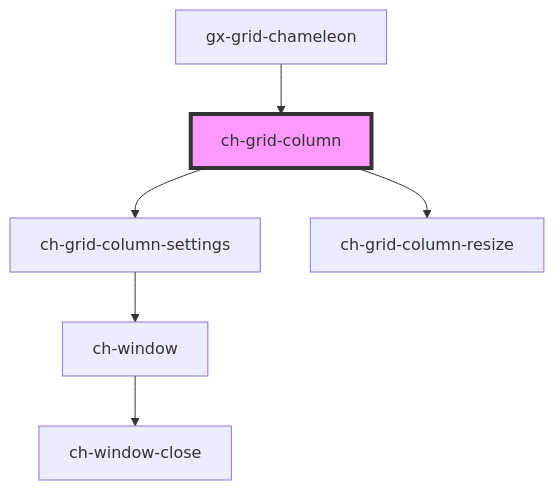
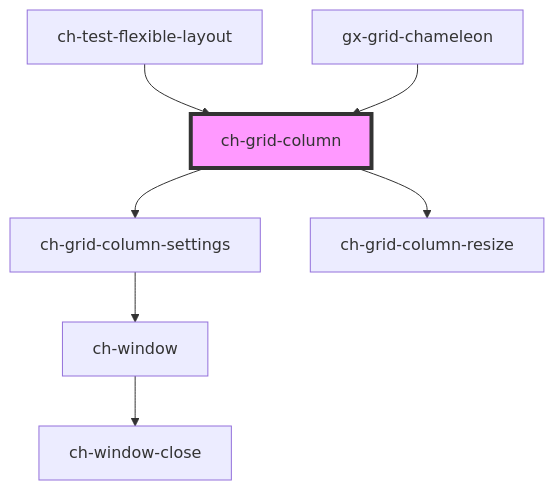
The diagram in src/components/grid/grid-column/readme.md (genexuslabs/chameleon-controls-library), drawn with Mermaid before and after one commit. The commit also changed other lines of this file and 7 other files, not shown here.

````diff
--- a/src/components/grid/grid-column/readme.md
+++ b/src/components/grid/grid-column/readme.md
@@ -90,9 +91,10 @@
 ```mermaid
 graph TD;
   ch-grid-column --> ch-grid-column-settings
   ch-grid-column --> ch-grid-column-resize
   ch-grid-column-settings --> ch-window
   ch-window --> ch-window-close
+  ch-test-flexible-layout --> ch-grid-column
   gx-grid-chameleon --> ch-grid-column
   style ch-grid-column fill:#f9f,stroke:#333,stroke-width:4px
 ```
````
